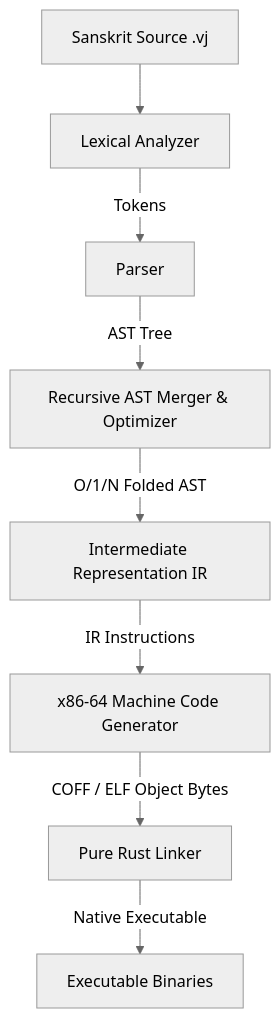
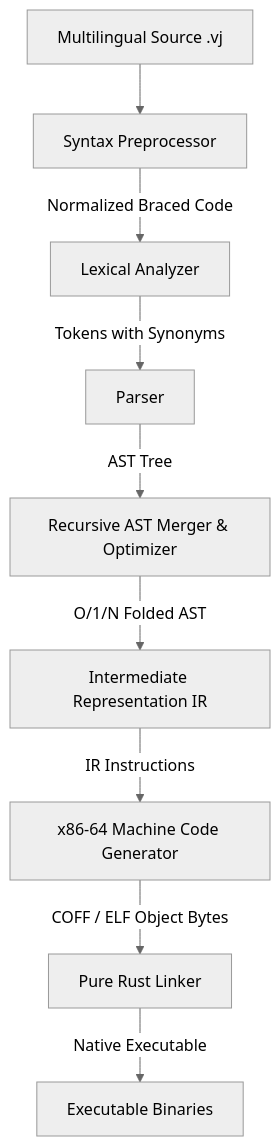
Before and after one commit to vikukumar/vajra: the diagram in README.md, drawn with Mermaid (neutral theme). The commit also changed other lines of this file and 2 other files, not shown here.

Commit message:
feat: implement lexer for multilingual dialect support and add object-oriented syntax test cases

````diff
--- a/README.md
+++ b/README.md
@@ -78,10 +113,11 @@
 ```mermaid
 graph TD
-    A[Sanskrit Source .vj] --> B[Lexical Analyzer]
-    B -->|Tokens| C[Parser]
-    C -->|AST Tree| D[Recursive AST Merger & Optimizer]
-    D -->|O/1/N Folded AST| E[Intermediate Representation IR]
-    E -->|IR Instructions| F[x86-64 Machine Code Generator]
-    F -->|COFF / ELF Object Bytes| G[Pure Rust Linker]
-    G -->|Native Executable| H[Executable Binaries]
+    A[Multilingual Source .vj] --> B[Syntax Preprocessor]
+    B -->|Normalized Braced Code| C[Lexical Analyzer]
+    C -->|Tokens with Synonyms| D[Parser]
+    D -->|AST Tree| E[Recursive AST Merger & Optimizer]
+    E -->|O/1/N Folded AST| F[Intermediate Representation IR]
+    F -->|IR Instructions| G[x86-64 Machine Code Generator]
+    G -->|COFF / ELF Object Bytes| H[Pure Rust Linker]
+    H -->|Native Executable| I[Executable Binaries]
 ```
````
